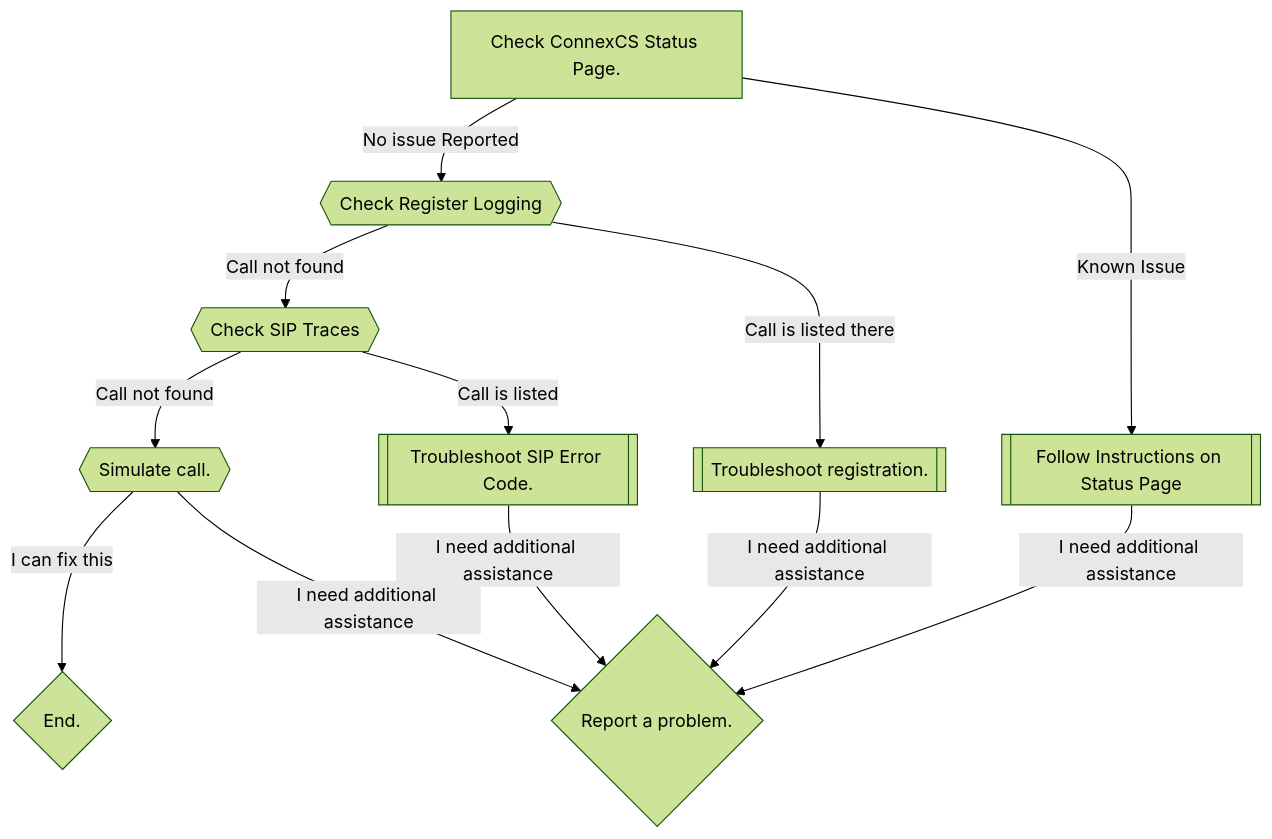
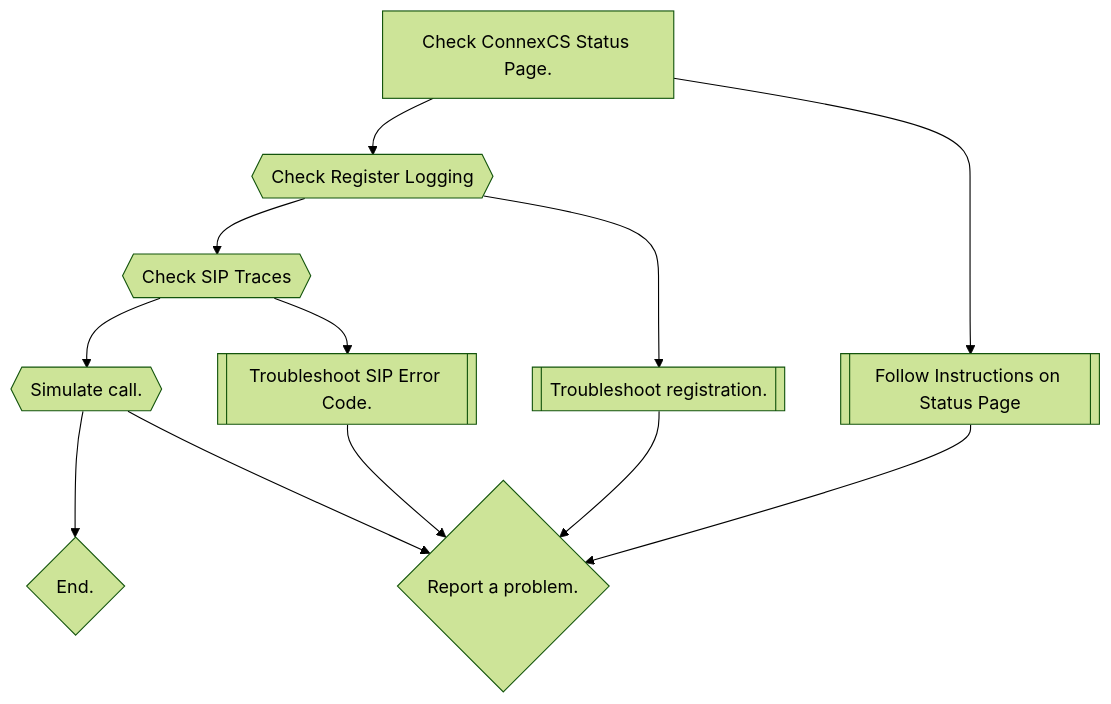
Before and after one commit to connexcs/docs: the diagram in docs/guides/tshoot-signal.md, drawn with Mermaid (forest theme).

Commit message:
Update tshoot-signal.md
testing mermaid flow

````diff
--- a/docs/guides/tshoot-signal.md
+++ b/docs/guides/tshoot-signal.md
@@ -30,14 +30,14 @@
 ```mermaid
 graph TD
-    A[Check ConnexCS Status Page.] -->|No issue Reported| C{{Check Register Logging}}
-    A[Check ConnexCS Status Page.] -->|Known Issue| B[[Follow Instructions on Status Page]]
-    C -->|Call not found| E{{Check SIP Traces}}    
-    C -->|Call is listed there| D[[Troubleshoot registration.]]
-    E -->|Call not found| G{{Simulate call.}}
-    E -->|Call is listed| F[[Troubleshoot SIP Error Code.]]
-    G -->|I can fix this| H{End.}
-    G -->|I need additional assistance| I{Report a problem.}
-    B -->|I need additional assistance| I{Report a problem.}
-    D -->|I need additional assistance| I{Report a problem.}
-    F -->|I need additional assistance| I{Report a problem.}
+    A[Check ConnexCS Status Page.] --> C{{Check Register Logging}}
+    A[Check ConnexCS Status Page.] --> B[[Follow Instructions on Status Page]]
+    C --> E{{Check SIP Traces}}    
+    C --> D[[Troubleshoot registration.]]
+    E --> G{{Simulate call.}}
+    E --> F[[Troubleshoot SIP Error Code.]]
+    G --> H{End.}
+    G --> I{Report a problem.}
+    B --> I{Report a problem.}
+    D --> I{Report a problem.}
+    F --> I{Report a problem.}
 ```
````
